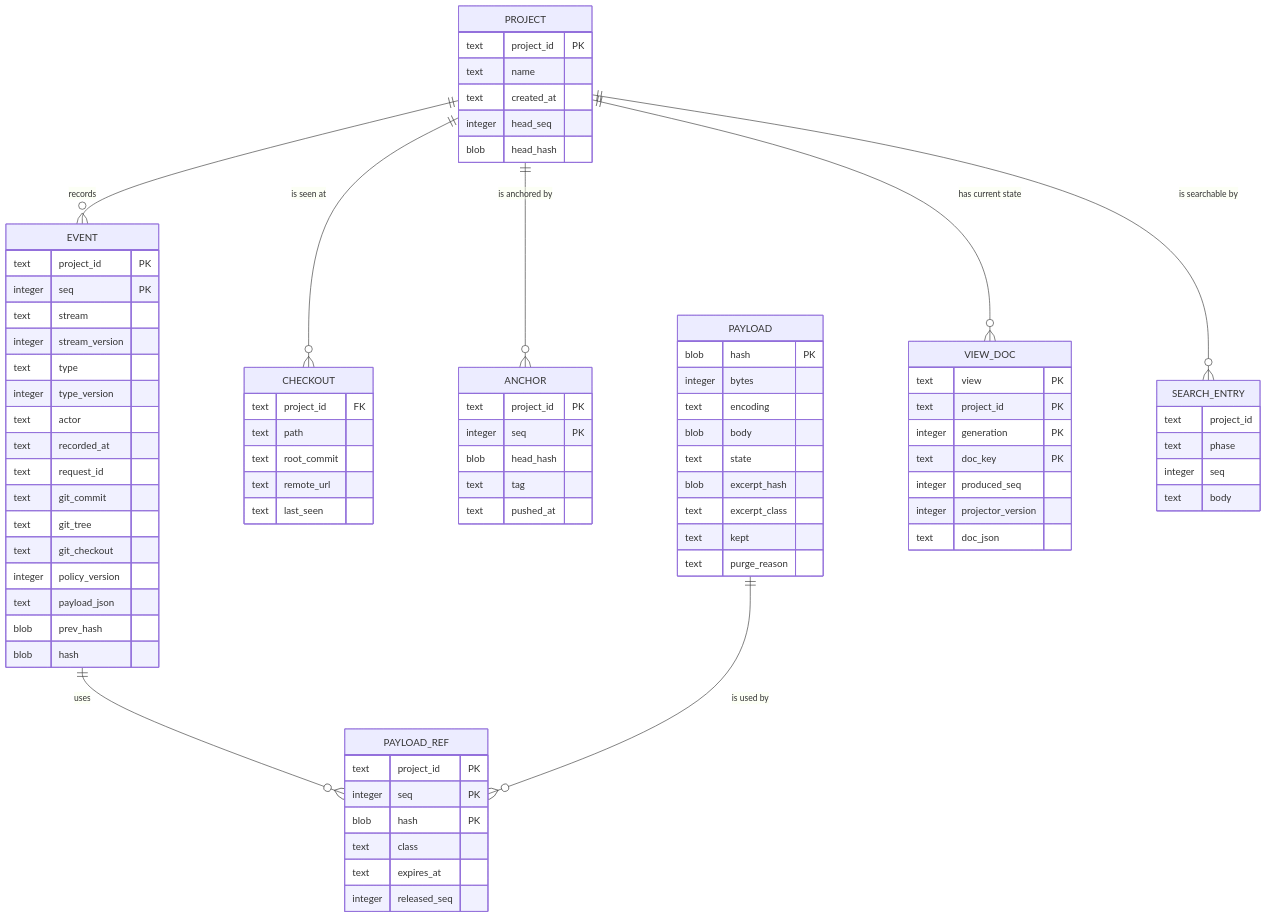
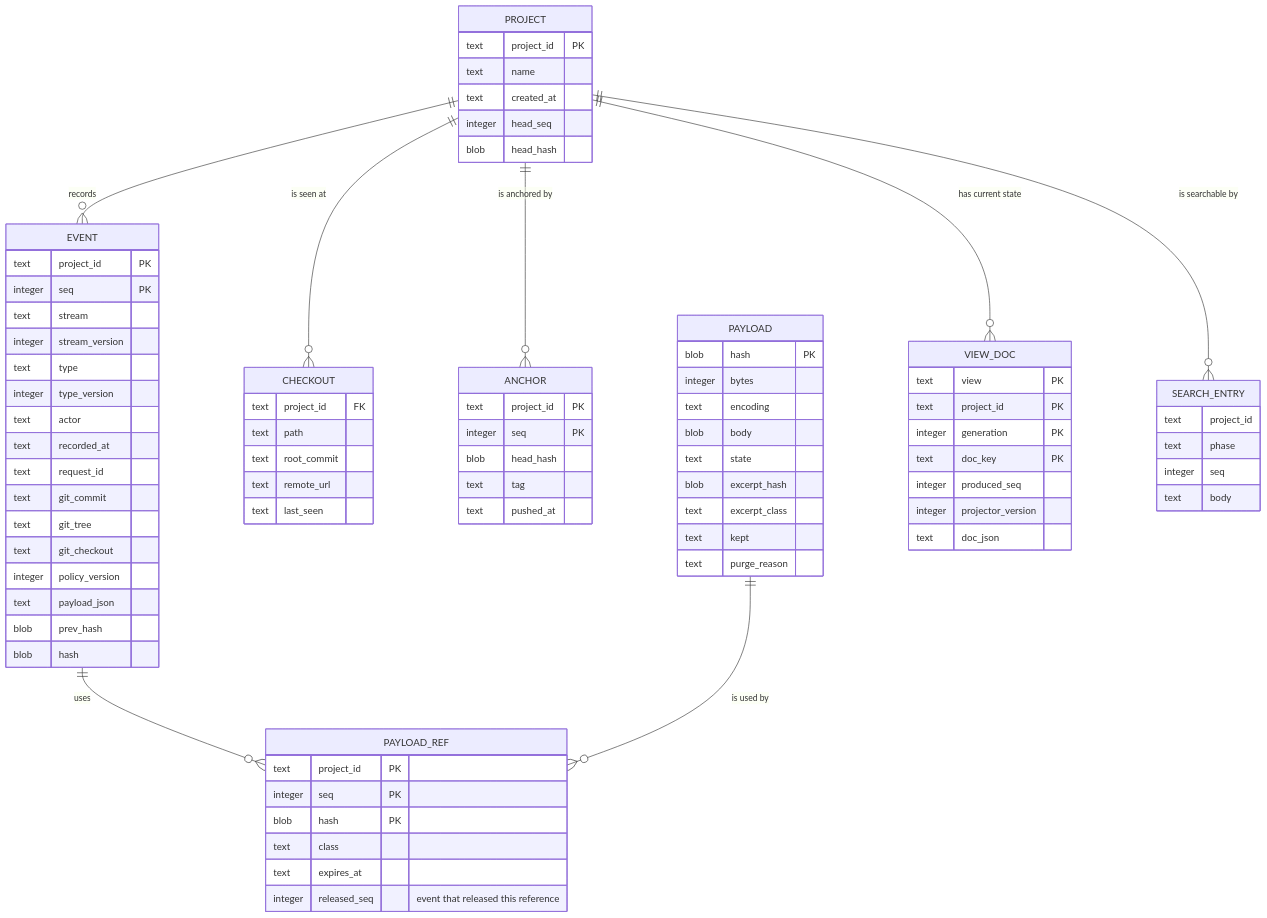
Before and after one commit to crenshawdev/baley: the ninth of 11 diagrams in docs/design/0001-evidence-ledger.md, drawn with Mermaid. The commit also changed other lines of this file and 3 other files, not shown here.

```diff
--- a/docs/design/0001-evidence-ledger.md
+++ b/docs/design/0001-evidence-ledger.md
@@ -649,7 +651,7 @@
     blob hash PK
     text class
     text expires_at
-    integer released_seq
+    integer released_seq "event that released this reference"
   }
   VIEW_DOC {
     text view PK
```
